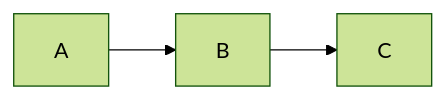
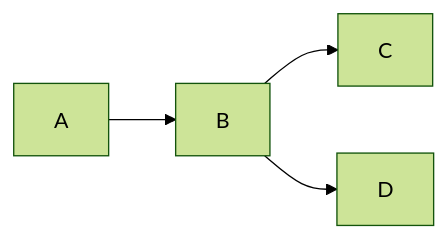
One commit to tessus/joplin-custom-css changed the diagram in sample.md. Above: the diagram before and after it, drawn with Mermaid (forest theme).

Commit message:
adjust sample.md

````diff
--- a/sample.md
+++ b/sample.md
@@ -24,5 +24,6 @@
 ```mermaid
 graph LR;
 A-->B;
 B-->C;
+B-->D;
 ```
````
